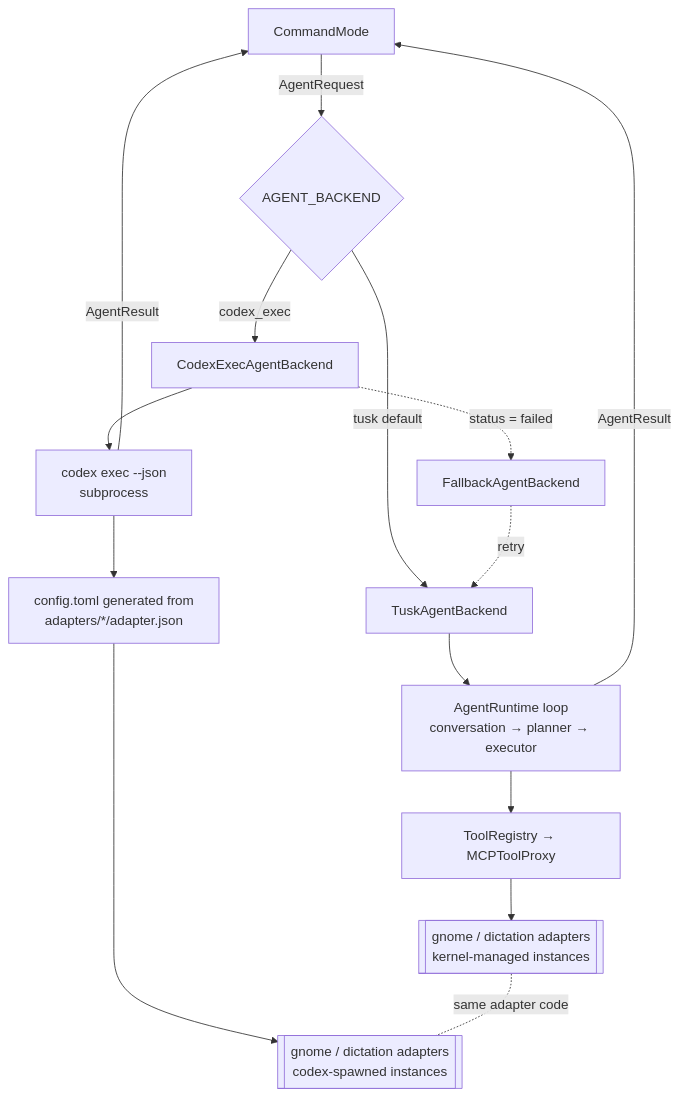
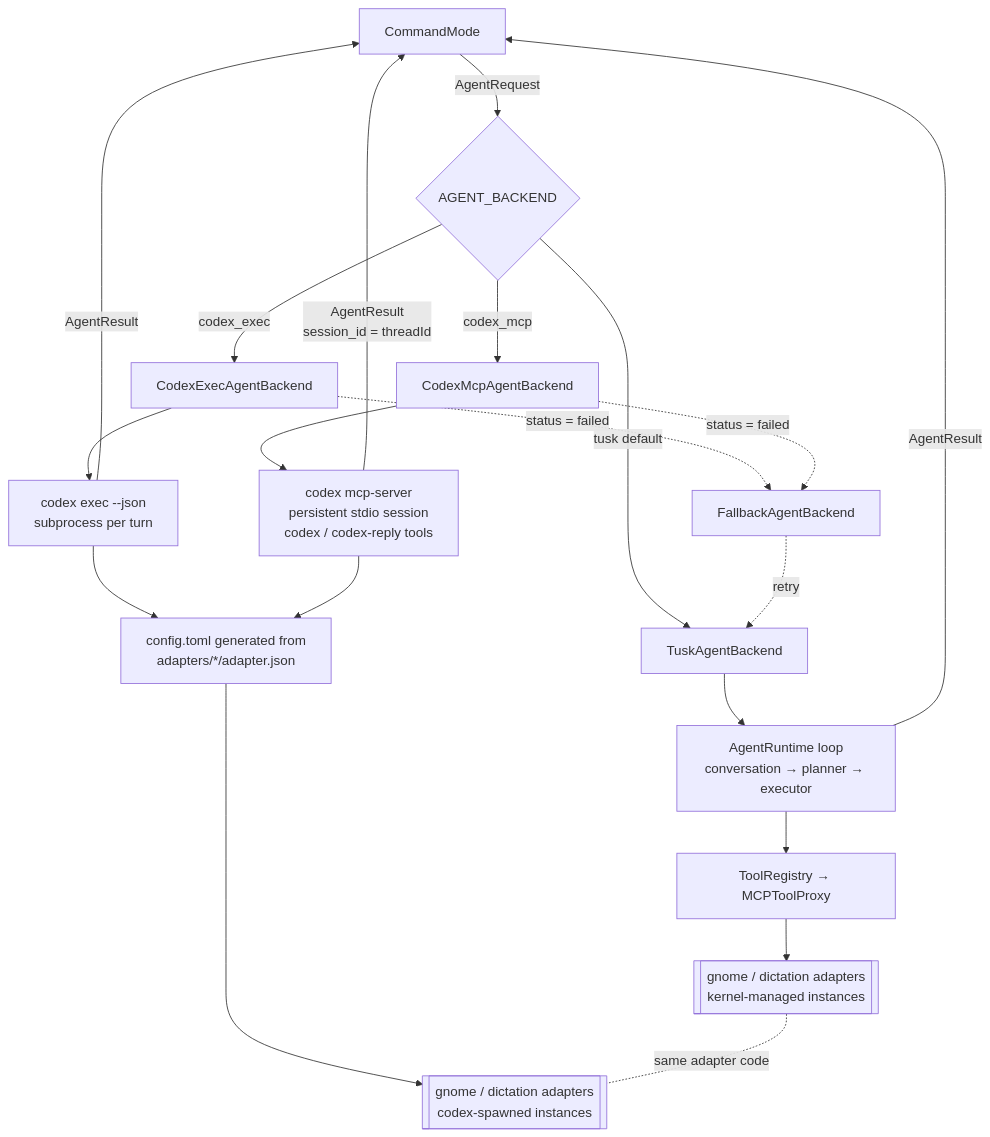
One commit to vovka/tusk changed the second of 2 diagrams in docs/architecture.md. Above: the diagram before and after it, drawn with Mermaid. The commit also changed other lines of this file and 2 other files, not shown here.

First line of the commit message:
Document the codex_mcp agent backend

````diff
--- a/docs/architecture.md
+++ b/docs/architecture.md
@@ -732,22 +737,27 @@
 ```mermaid
 flowchart TD
     CM[CommandMode] -->|AgentRequest| SEL{AGENT_BACKEND}
     SEL -->|tusk default| TUSK[TuskAgentBackend]
     SEL -->|codex_exec| CODEX[CodexExecAgentBackend]
+    SEL -->|codex_mcp| MCPB[CodexMcpAgentBackend]
 
     TUSK --> ORC[AgentRuntime loop<br/>conversation → planner → executor]
     ORC --> REG[ToolRegistry → MCPToolProxy]
 
-    CODEX --> PROC[codex exec --json<br/>subprocess]
+    CODEX --> PROC[codex exec --json<br/>subprocess per turn]
+    MCPB --> SRV[codex mcp-server<br/>persistent stdio session<br/>codex / codex-reply tools]
     PROC --> CFG[config.toml generated from<br/>adapters/*/adapter.json]
+    SRV --> CFG
 
     REG --> AK[[gnome / dictation adapters<br/>kernel-managed instances]]
     CFG --> AC[[gnome / dictation adapters<br/>codex-spawned instances]]
     AK -. same adapter code .- AC
 
     CODEX -. status = failed .-> FALL[FallbackAgentBackend]
+    MCPB -. status = failed .-> FALL
     FALL -. retry .-> TUSK
 
     ORC -->|AgentResult| CM
     PROC -->|AgentResult| CM
+    SRV -->|AgentResult<br/>session_id = threadId| CM
 ```
````
